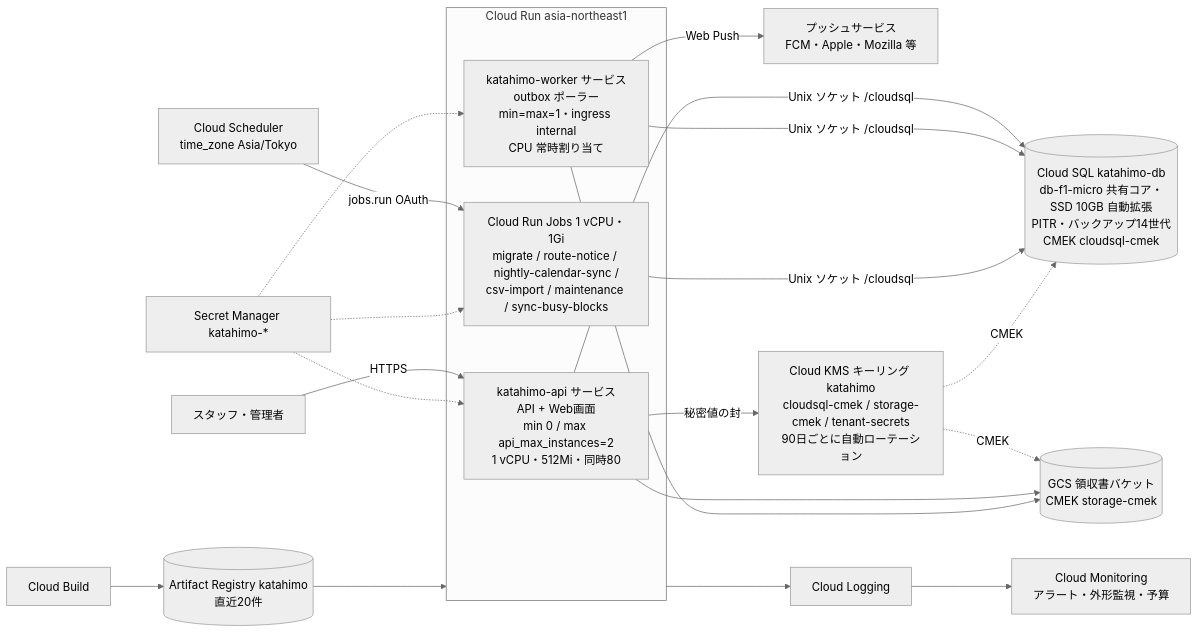
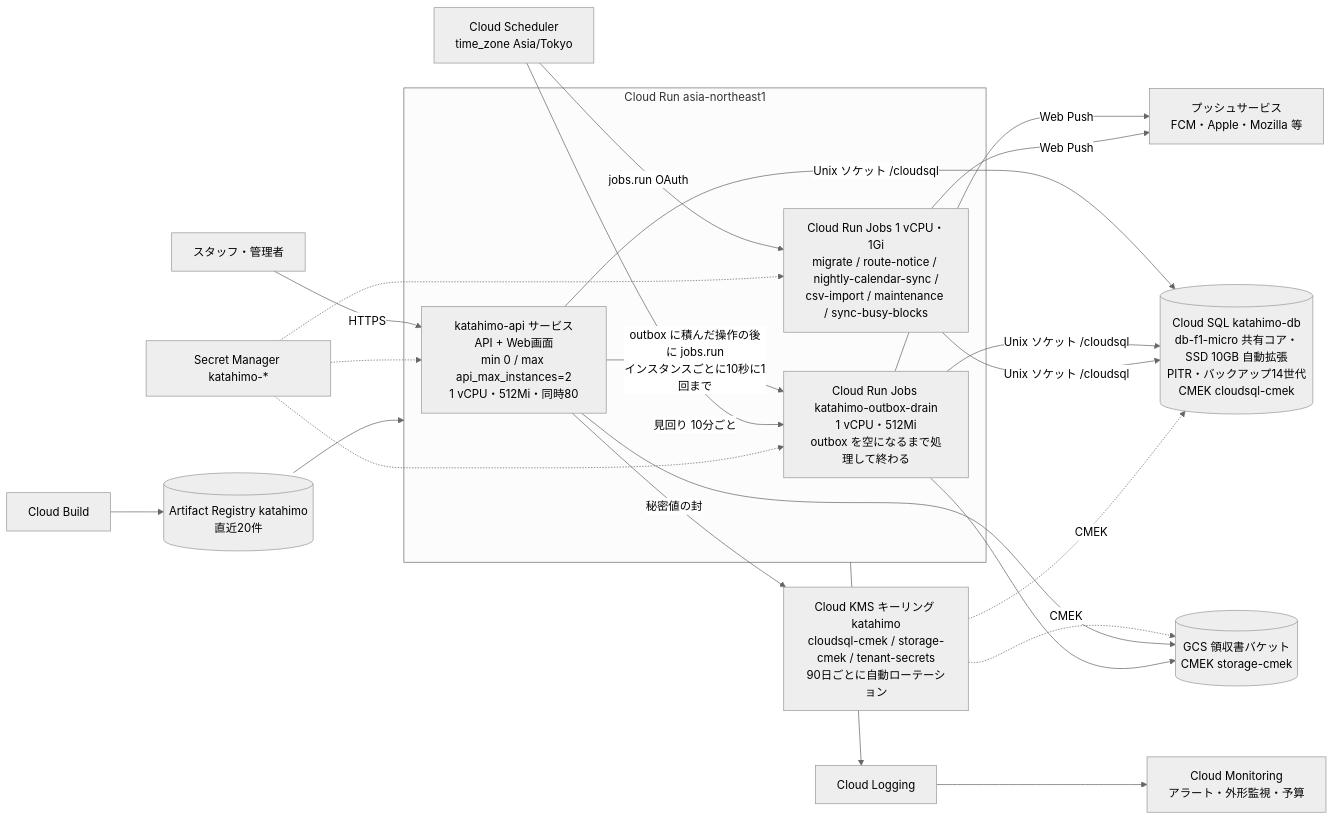
The diagram in doc/07_インフラ・運用.md (katahimo-dev/katahimo-app), drawn with Mermaid (neutral theme) before and after one commit. The commit also changed other lines of this file and 56 other files, not shown here.

````diff
--- a/doc/07_インフラ・運用.md
+++ b/doc/07_インフラ・運用.md
@@ -23,20 +23,22 @@
 ```mermaid
 flowchart LR
   user[スタッフ・管理者] -->|HTTPS| api
   subgraph run[Cloud Run asia-northeast1]
     api[katahimo-api サービス<br/>API + Web画面<br/>min 0 / max api_max_instances=2<br/>1 vCPU・512Mi・同時80]
-    worker[katahimo-worker サービス<br/>outbox ポーラー<br/>min=max=1・ingress internal<br/>CPU 常時割り当て]
+    drain[Cloud Run Jobs katahimo-outbox-drain<br/>1 vCPU・512Mi<br/>outbox を空になるまで処理して終わる]
     jobs[Cloud Run Jobs 1 vCPU・1Gi<br/>migrate / route-notice / nightly-calendar-sync /<br/>csv-import / maintenance / sync-busy-blocks]
   end
-  worker -->|Web Push| pushsvc[プッシュサービス<br/>FCM・Apple・Mozilla 等]
+  api -->|outbox に積んだ操作の後に jobs.run<br/>インスタンスごとに10秒に1回まで| drain
+  drain & jobs -->|Web Push| pushsvc[プッシュサービス<br/>FCM・Apple・Mozilla 等]
   sched[Cloud Scheduler<br/>time_zone Asia/Tokyo] -->|jobs.run OAuth| jobs
-  api & worker & jobs -->|Unix ソケット /cloudsql| sql[(Cloud SQL katahimo-db<br/>db-f1-micro 共有コア・SSD 10GB 自動拡張<br/>PITR・バックアップ14世代<br/>CMEK cloudsql-cmek)]
+  sched -->|見回り 10分ごと| drain
+  api & drain & jobs -->|Unix ソケット /cloudsql| sql[(Cloud SQL katahimo-db<br/>db-f1-micro 共有コア・SSD 10GB 自動拡張<br/>PITR・バックアップ14世代<br/>CMEK cloudsql-cmek)]
   kms[Cloud KMS キーリング katahimo<br/>cloudsql-cmek / storage-cmek / tenant-secrets<br/>90日ごとに自動ローテーション]
   kms -.->|CMEK| sql & gcs
   api -->|秘密値の封| kms
-  sm[Secret Manager katahimo-*] -.-> api & worker & jobs
+  sm[Secret Manager katahimo-*] -.-> api & drain & jobs
   api --> gcs[(GCS 領収書バケット<br/>CMEK storage-cmek)]
-  worker --> gcs
+  drain --> gcs
   cb[Cloud Build] --> ar[(Artifact Registry katahimo<br/>直近20件)] --> run
   run --> logging[Cloud Logging] --> mon[Cloud Monitoring<br/>アラート・外形監視・予算]
 ```
````
